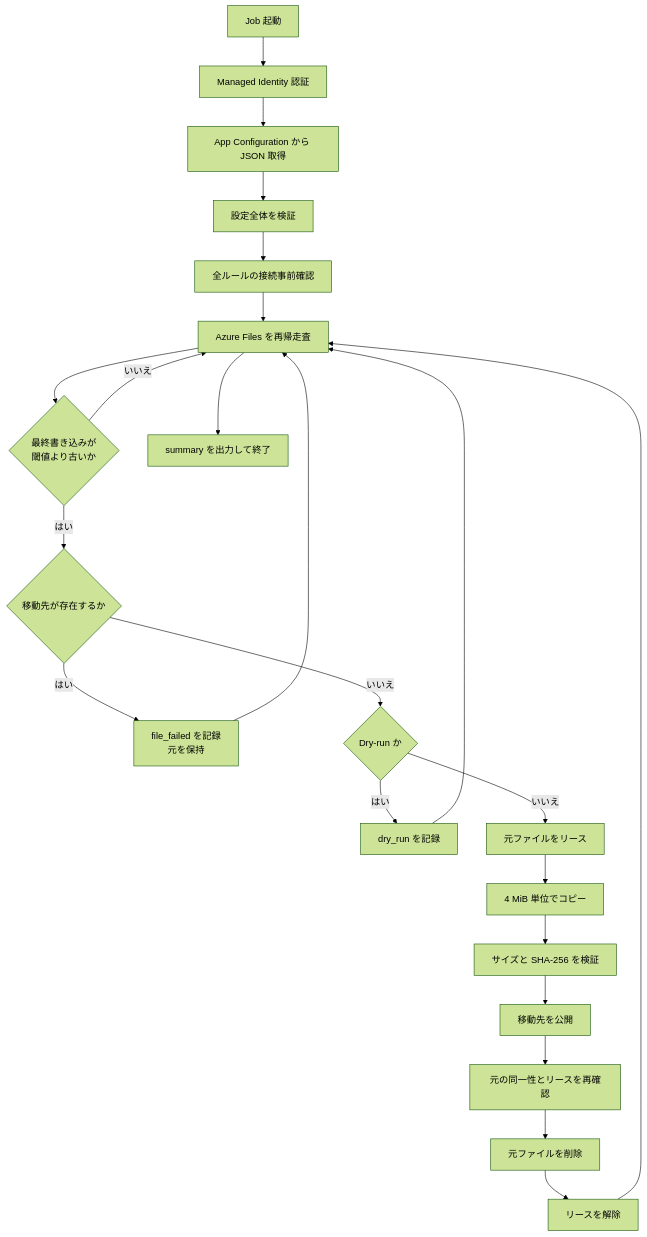
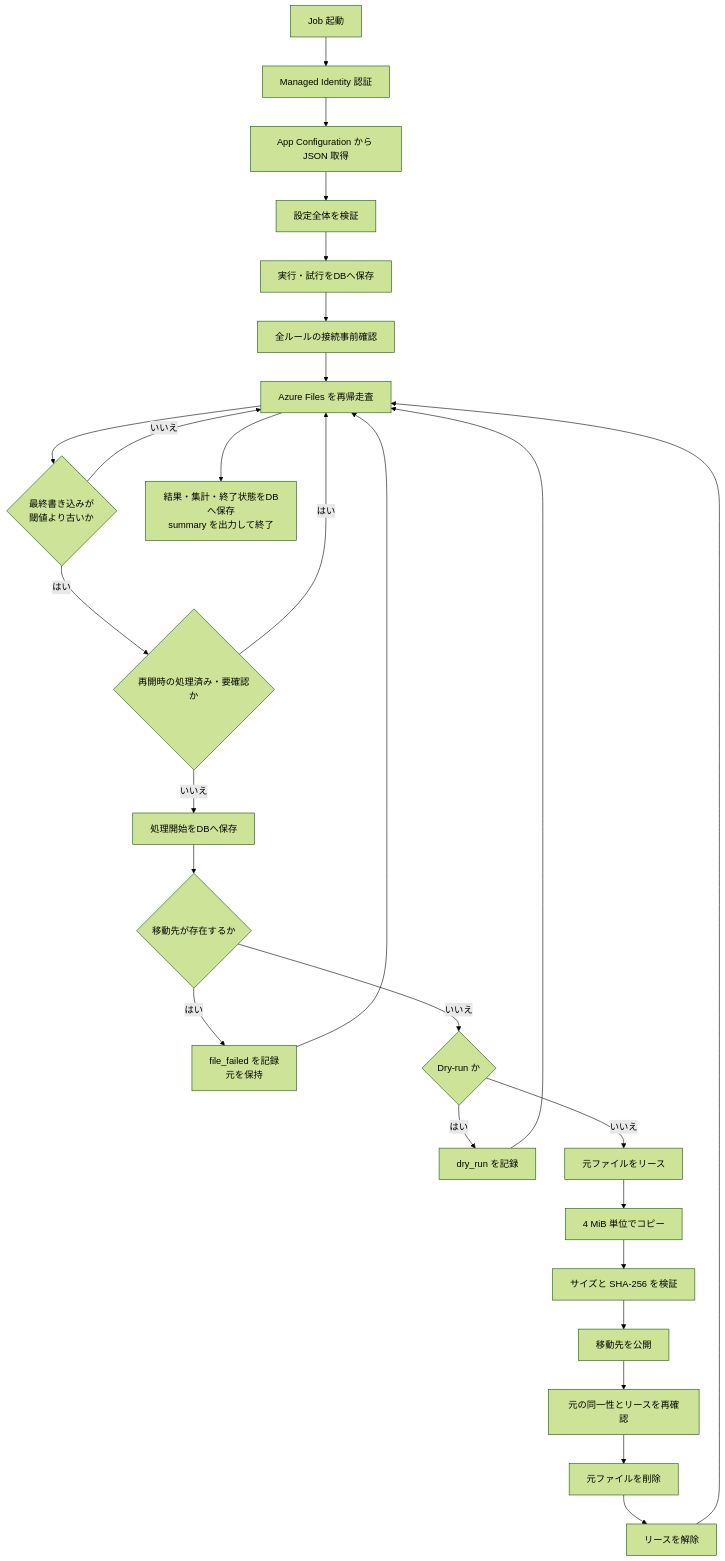
One commit to atsugoms/sample-azure-files-lifecycle-management changed the diagram in docs/application-design.md. Above: the diagram before and after it, drawn with Mermaid (forest theme). The commit also changed other lines of this file and 31 other files, not shown here.

````diff
--- a/docs/application-design.md
+++ b/docs/application-design.md
@@ -92,25 +105,29 @@
 ```mermaid
 flowchart TD
     A[Job 起動] --> B[Managed Identity 認証]
     B --> C[App Configuration から JSON 取得]
     C --> D[設定全体を検証]
-    D --> E[全ルールの接続事前確認]
+    D --> D1[実行・試行をDBへ保存]
+    D1 --> E[全ルールの接続事前確認]
     E --> F[Azure Files を再帰走査]
     F --> G{最終書き込みが<br/>閾値より古いか}
     G -- いいえ --> F
-    G -- はい --> H{移動先が存在するか}
+    G -- はい --> G1{再開時の処理済み・要確認か}
+    G1 -- はい --> F
+    G1 -- いいえ --> G2[処理開始をDBへ保存]
+    G2 --> H{移動先が存在するか}
     H -- はい --> I[file_failed を記録<br/>元を保持]
     H -- いいえ --> J{Dry-run か}
     J -- はい --> K[dry_run を記録]
     J -- いいえ --> L[元ファイルをリース]
     L --> M[4 MiB 単位でコピー]
     M --> N[サイズと SHA-256 を検証]
     N --> O[移動先を公開]
     O --> P[元の同一性とリースを再確認]
     P --> Q[元ファイルを削除]
     Q --> R[リースを解除]
     I --> F
     K --> F
     R --> F
-    F --> S[summary を出力して終了]
+    F --> S[結果・集計・終了状態をDBへ保存<br/>summary を出力して終了]
 ```
````
